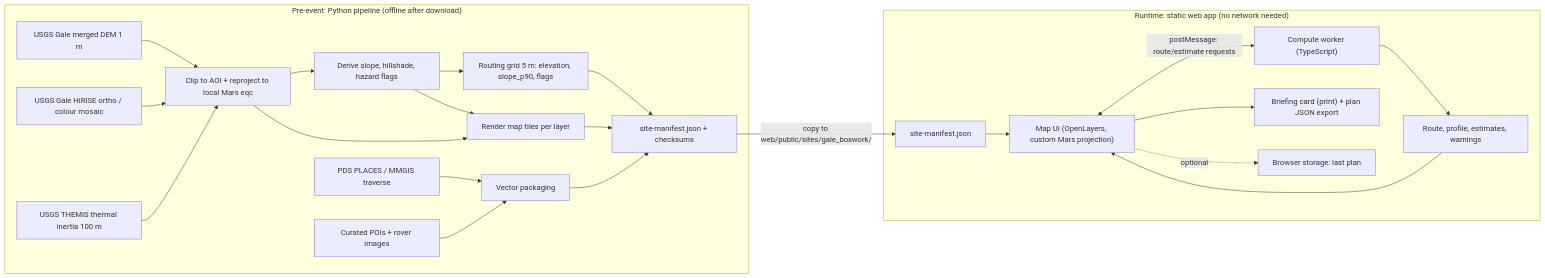
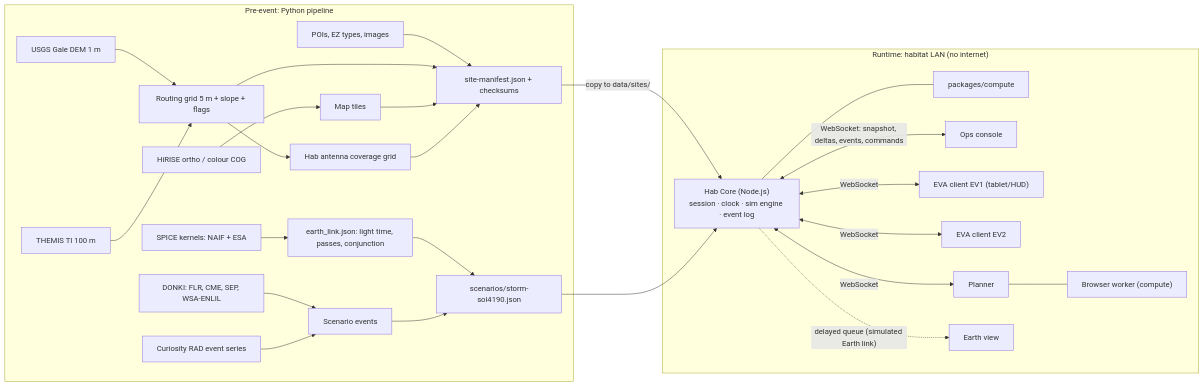
One commit to tashobi02/Gale-Surface-Ops changed the first of 2 diagrams in docs/specs/02_Technical_Requirements_Document.md. Above: the diagram before and after it, drawn with Mermaid. The commit also changed other lines of this file and 5 other files, not shown here.

First line of the commit message:
docs(specs): v2 surface-ops reframe — 01–06 rewritten (Hab Core, EVA/HUD/ops, replayed SEP, mission-brutalist design)

````diff
--- a/docs/specs/02_Technical_Requirements_Document.md
+++ b/docs/specs/02_Technical_Requirements_Document.md
@@ -28,28 +44,33 @@
 ```mermaid
 flowchart LR
-  subgraph PRE["Pre-event: Python pipeline (offline after download)"]
-    SRC1["USGS Gale merged DEM 1 m"] --> CLIP["Clip to AOI + reproject to local Mars eqc"]
-    SRC2["USGS Gale HiRISE ortho / colour mosaic"] --> CLIP
-    SRC3["USGS THEMIS thermal inertia 100 m"] --> CLIP
-    SRC4["PDS PLACES / MMGIS traverse"] --> VEC["Vector packaging"]
-    SRC5["Curated POIs + rover images"] --> VEC
-    CLIP --> DER["Derive slope, hillshade, hazard flags"]
-    DER --> GRID["Routing grid 5 m: elevation, slope_p90, flags"]
-    DER --> TILES["Render map tiles per layer"]
-    CLIP --> TILES
-    GRID --> MAN["site-manifest.json + checksums"]
+  subgraph PRE["Pre-event: Python pipeline"]
+    DEM["USGS Gale DEM 1 m"] --> GR["Routing grid 5 m + slope + flags"]
+    ORTHO["HiRISE ortho / colour COG"] --> TILES["Map tiles"]
+    THEMIS["THEMIS TI 100 m"] --> GR
+    GR --> COMM["Hab antenna coverage grid"]
+    SPICE["SPICE kernels: NAIF + ESA"] --> LINK["earth_link.json: light time, passes, conjunction"]
+    DONKI["DONKI: FLR, CME, SEP, WSA-ENLIL"] --> EVT["Scenario events"]
+    RAD["Curiosity RAD event series"] --> EVT
+    POI["POIs, EZ types, images"] --> MAN["site-manifest.json + checksums"]
+    GR --> MAN
     TILES --> MAN
-    VEC --> MAN
+    COMM --> MAN
+    LINK --> SCN["scenarios/storm-sol4190.json"]
+    EVT --> SCN
   end
 
-  subgraph WEB["Runtime: static web app (no network needed)"]
-    MAN2["site-manifest.json"] --> UI["Map UI (OpenLayers, custom Mars projection)"]
-    UI <-->|"postMessage: route/estimate requests"| WK["Compute worker (TypeScript)"]
-    WK --> RES["Route, profile, estimates, warnings"]
-    RES --> UI
-    UI --> CARD["Briefing card (print) + plan JSON export"]
-    UI -.->|"optional"| LS["Browser storage: last plan"]
+  subgraph HAB["Runtime: habitat LAN (no internet)"]
+    CORE["Hab Core (Node.js)\nsession · clock · sim engine · event log"]
+    CMP["packages/compute"]
+    CORE --- CMP
+    CORE <-->|"WebSocket: snapshot, deltas, events, commands"| OPS["Ops console"]
+    CORE <-->|WebSocket| EVA1["EVA client EV1 (tablet/HUD)"]
+    CORE <-->|WebSocket| EVA2["EVA client EV2"]
+    CORE <-->|WebSocket| PLN["Planner"]
+    PLN --- WK["Browser worker (compute)"]
+    CORE -.->|"delayed queue (simulated Earth link)"| EARTH["Earth view"]
   end
 
-  MAN -->|"copy to web/public/sites/gale_boxwork/"| MAN2
+  MAN -->|"copy to data/sites/"| CORE
+  SCN --> CORE
 ```
````
